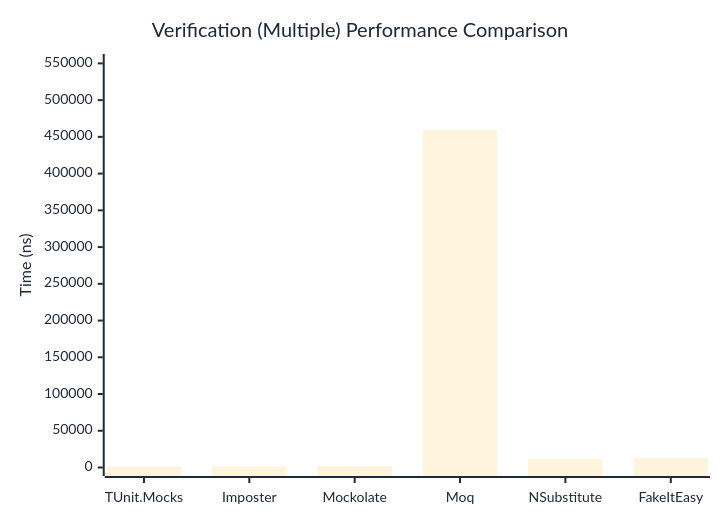
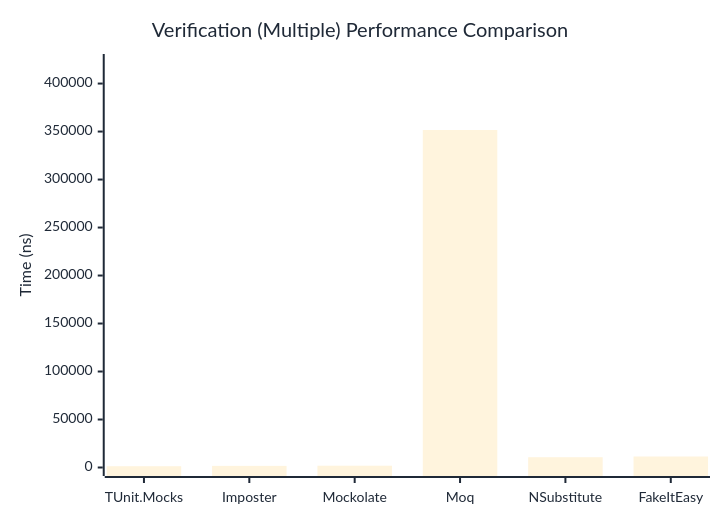
Before and after one commit to thomhurst/TUnit: the third of 3 diagrams in docs/docs/benchmarks/mocks/Verification.md, drawn with Mermaid. The commit also changed other lines of this file and 14 other files, not shown here.

````diff
--- a/docs/docs/benchmarks/mocks/Verification.md
+++ b/docs/docs/benchmarks/mocks/Verification.md
@@ -110,27 +110,27 @@
 ```mermaid
 %%{init: {
   'theme':'base',
   'themeVariables': {
     'primaryColor': '#2563eb',
     'primaryTextColor': '#1f2937',
     'primaryBorderColor': '#1e40af',
     'lineColor': '#6b7280',
     'secondaryColor': '#7c3aed',
     'tertiaryColor': '#dc2626',
     'background': '#ffffff',
     'pie1': '#2563eb',
     'pie2': '#7c3aed',
     'pie3': '#dc2626',
     'pie4': '#f59e0b',
     'pie5': '#10b981',
     'pie6': '#06b6d4',
     'pie7': '#ec4899',
     'pie8': '#6366f1'
   }
 }}%%
 xychart-beta
   title "Verification (Multiple) Performance Comparison"
   x-axis ["TUnit.Mocks", "Imposter", "Mockolate", "Moq", "NSubstitute", "FakeItEasy"]
-  y-axis "Time (ns)" 0 --> 551200
-  bar [1309.49, 1709.63, 1805.02, 459332.59, 11011.9, 12832.9]
+  y-axis "Time (ns)" 0 --> 421941
+  bar [1326.6, 1693.49, 1862.24, 351617.43, 10706.11, 11468]
 ```
````
